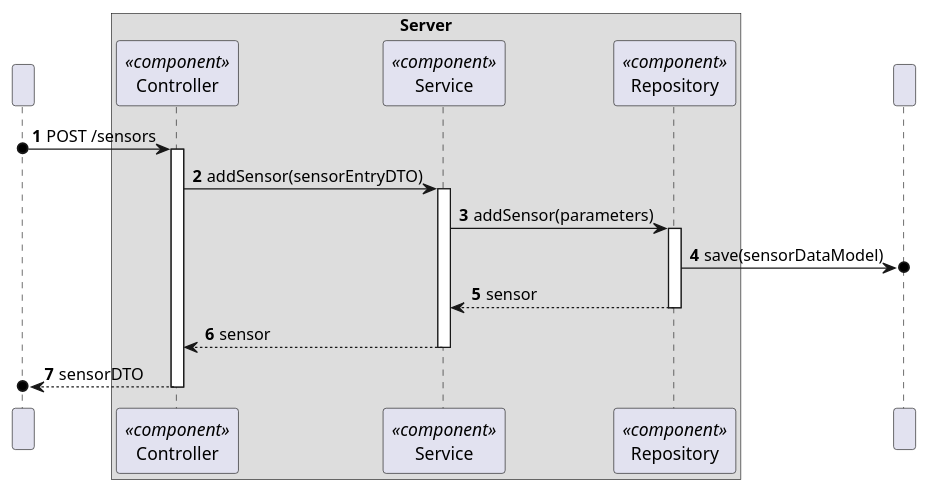
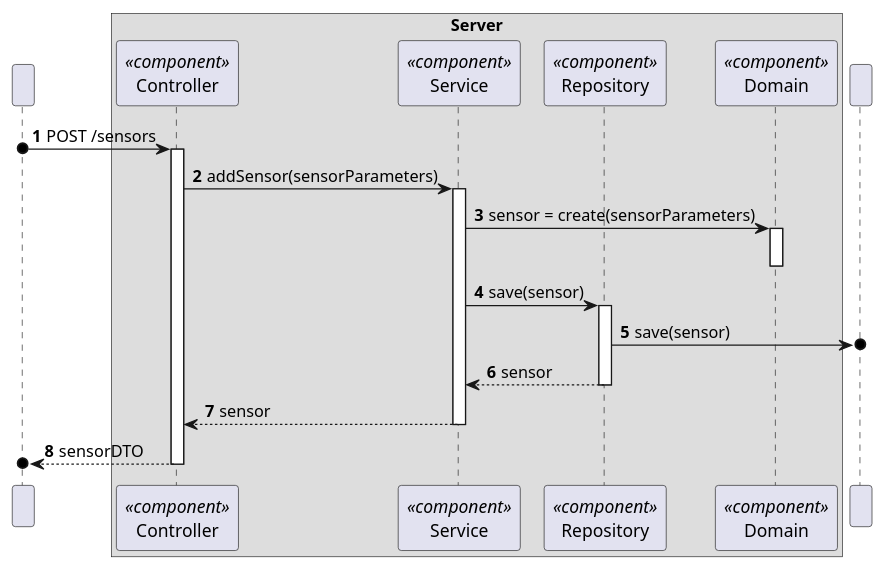
The diagram in docs/C4_4plus1_models/Level4/ProcessView/ProcessViewLevel4_UC07.puml (moutajDev/smarthome), drawn with PlantUML before and after one commit. The commit also changed 1 other file, not shown here.

Commit message:
update level4 uc07 ProcessViewLevel4_UC07.puml diagram

```diff
--- a/docs/C4_4plus1_models/Level4/ProcessView/ProcessViewLevel4_UC07.puml
+++ b/docs/C4_4plus1_models/Level4/ProcessView/ProcessViewLevel4_UC07.puml
@@ -1,39 +1,45 @@
 @startuml
 'https://plantuml.com/sequence-diagram
 !pragma layout smetana
 
 autonumber
 
 participant " " as HTTP
 
 box "Server"
     participant "Controller" as CTRL<<component>>
     participant "Service" as SV<<component>>
     participant "Repository" as RP<<component>>
+     participant "Domain" as Domain<<component>>
 
 end box
 participant " " as BD
 
 
 HTTP o-> CTRL : POST /sensors
 activate CTRL
 
-CTRL -> SV : addSensor(sensorEntryDTO)
+CTRL -> SV : addSensor(sensorParameters)
+
 activate SV
 
-SV -> RP : addSensor(parameters)
+SV -> Domain: sensor = create(sensorParameters)
+activate Domain
+deactivate Domain
+
+SV -> RP : save(sensor)
 activate RP
 
-RP ->o BD : save(sensorDataModel)
+RP ->o BD : save(sensor)
 
 RP --> SV : sensor
 deactivate RP
 
 SV --> CTRL : sensor
 deactivate SV
 
 CTRL -->o HTTP : sensorDTO
 deactivate CTRL
 
 
 @enduml
```
